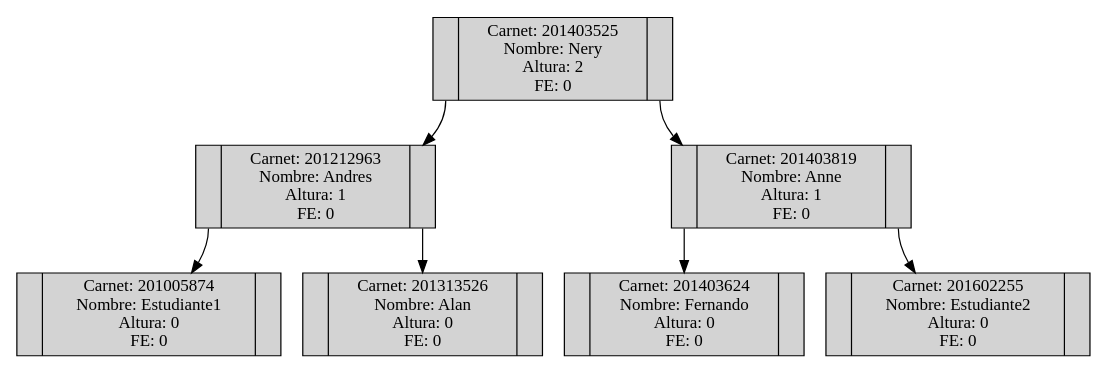
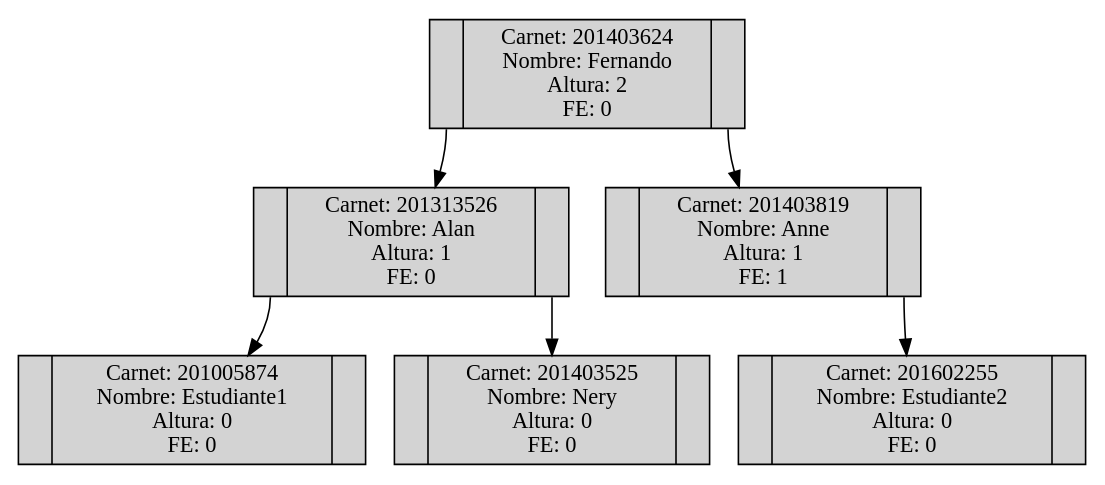
One commit to SelvinLP/EDD_2S2019_P2_201701133 changed the diagram in [EDD]P2_201701133/Arbol.dot. Above: the diagram before and after it, drawn with Graphviz. The commit also changed 13 other files, not shown here.

```diff
--- a/[EDD]P2_201701133/Arbol.dot
+++ b/[EDD]P2_201701133/Arbol.dot
@@ -1,19 +1,17 @@
 digraph ARBOL { 
 rankdir=TB
 size="9,9"
 node[shape=record,style=filled] 
-"201403525Nery"[label ="<C0>|<C1>Carnet: 201403525\n Nombre:  Nery\n Altura:  2\n FE:  0|<C2>"]; 
-"201212963Andres"[label ="<C0>|<C1>Carnet: 201212963\n Nombre:  Andres\n Altura:  1\n FE:  0|<C2>"]; 
+"201403624Fernando"[label ="<C0>|<C1>Carnet: 201403624\n Nombre:  Fernando\n Altura:  2\n FE:  0|<C2>"]; 
+"201313526Alan"[label ="<C0>|<C1>Carnet: 201313526\n Nombre:  Alan\n Altura:  1\n FE:  0|<C2>"]; 
 "201005874Estudiante1"[label ="<C0>|<C1>Carnet: 201005874\n Nombre:  Estudiante1\n Altura:  0\n FE:  0|<C2>"]; 
-"201212963Andres":C0->"201005874Estudiante1"; 
-"201313526Alan"[label ="<C0>|<C1>Carnet: 201313526\n Nombre:  Alan\n Altura:  0\n FE:  0|<C2>"]; 
-"201212963Andres":C2->"201313526Alan"; 
-"201403525Nery":C0->"201212963Andres"; 
-"201403819Anne"[label ="<C0>|<C1>Carnet: 201403819\n Nombre:  Anne\n Altura:  1\n FE:  0|<C2>"]; 
-"201403624Fernando"[label ="<C0>|<C1>Carnet: 201403624\n Nombre:  Fernando\n Altura:  0\n FE:  0|<C2>"]; 
-"201403819Anne":C0->"201403624Fernando"; 
+"201313526Alan":C0->"201005874Estudiante1"; 
+"201403525Nery"[label ="<C0>|<C1>Carnet: 201403525\n Nombre:  Nery\n Altura:  0\n FE:  0|<C2>"]; 
+"201313526Alan":C2->"201403525Nery"; 
+"201403624Fernando":C0->"201313526Alan"; 
+"201403819Anne"[label ="<C0>|<C1>Carnet: 201403819\n Nombre:  Anne\n Altura:  1\n FE:  1|<C2>"]; 
 "201602255Estudiante2"[label ="<C0>|<C1>Carnet: 201602255\n Nombre:  Estudiante2\n Altura:  0\n FE:  0|<C2>"]; 
 "201403819Anne":C2->"201602255Estudiante2"; 
-"201403525Nery":C2->"201403819Anne"; 
+"201403624Fernando":C2->"201403819Anne"; 
 
 }
```
